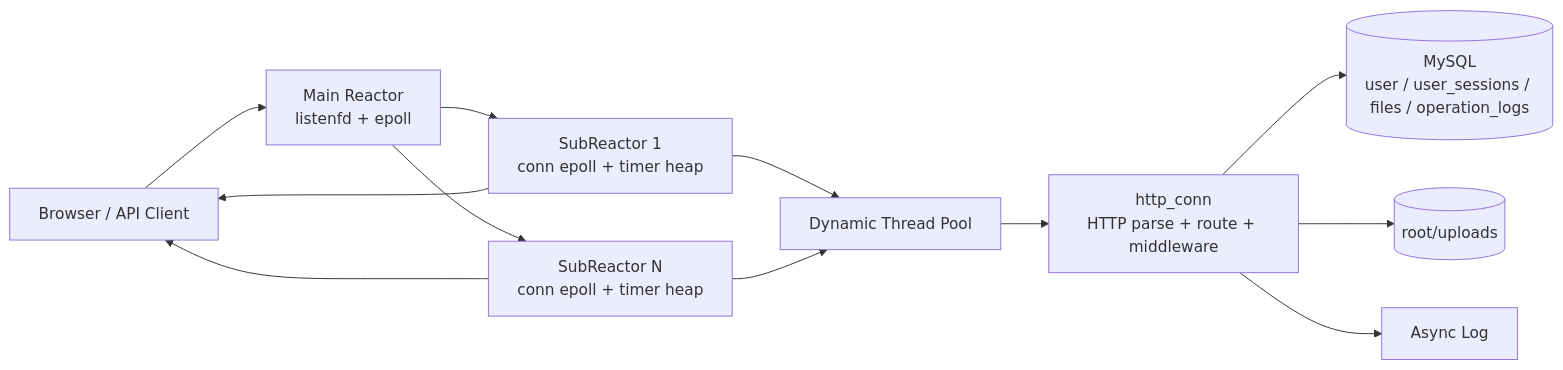
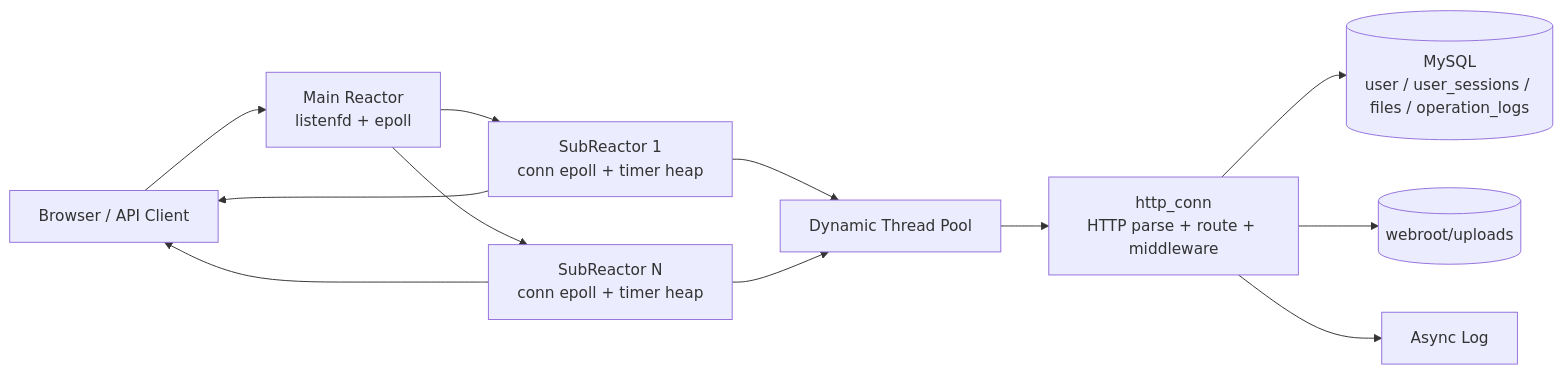
One commit to wjg12345678/High-performance-gateway changed the first of 7 diagrams in docs/architecture.md. Above: the diagram before and after it, drawn with Mermaid. The commit also changed other lines of this file and 131 other files, not shown here.

````diff
--- a/docs/architecture.md
+++ b/docs/architecture.md
@@ -11,24 +11,24 @@
 ```mermaid
 flowchart LR
     Client[Browser / API Client]
     Main[Main Reactor<br/>listenfd + epoll]
     Sub1[SubReactor 1<br/>conn epoll + timer heap]
     SubN[SubReactor N<br/>conn epoll + timer heap]
     Pool[Dynamic Thread Pool]
     HTTP[http_conn<br/>HTTP parse + route + middleware]
     MySQL[(MySQL<br/>user / user_sessions / files / operation_logs)]
-    Files[(root/uploads)]
+    Files[(webroot/uploads)]
     Log[Async Log]
 
     Client --> Main
     Main --> Sub1
     Main --> SubN
     Sub1 --> Pool
     SubN --> Pool
     Pool --> HTTP
     HTTP --> MySQL
     HTTP --> Files
     HTTP --> Log
     Sub1 --> Client
     SubN --> Client
 ```
````
